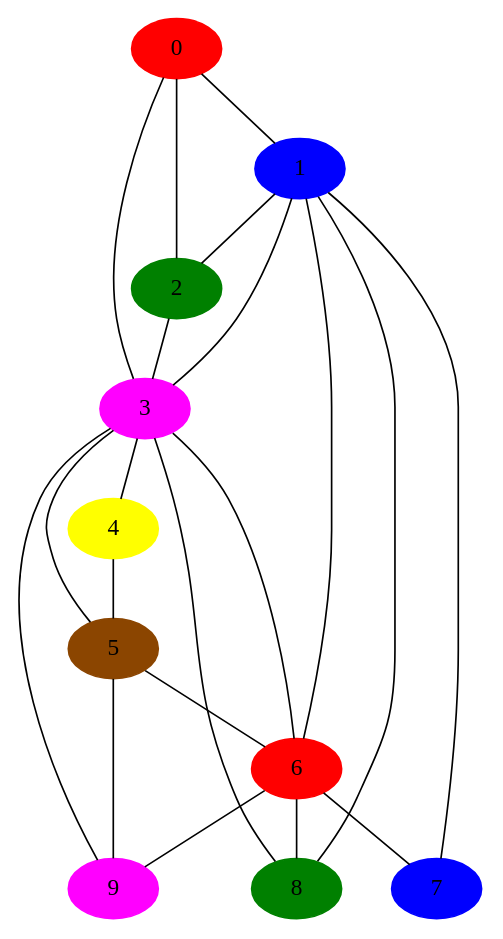
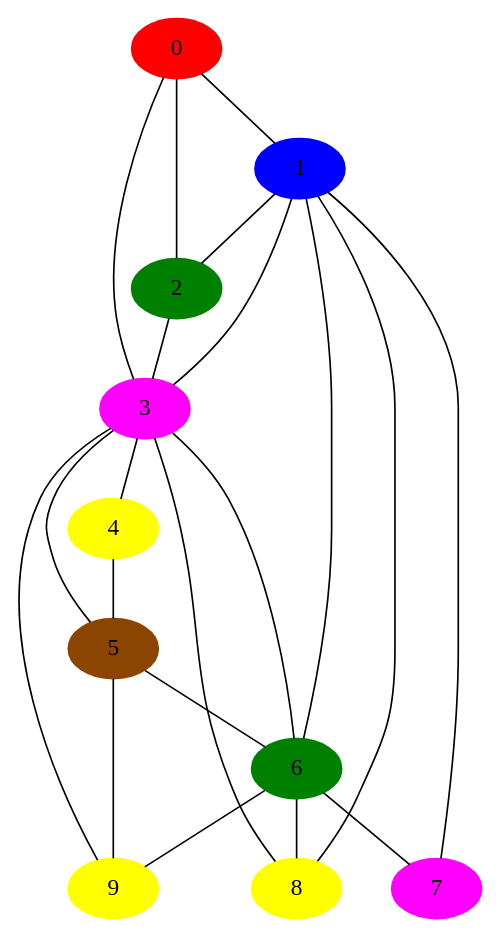
One commit to kuldeep725/COLLEGE_STUFFS changed the diagram in CSlAB_2017/GraphNextSession/planar3ColoredPlanar.dot. Above: the diagram before and after it, drawn with Graphviz. The commit also changed 4 other files, not shown here.

Commit message:
PLANAR GRAPH COLORING DONE

```diff
--- a/CSlAB_2017/GraphNextSession/planar3ColoredPlanar.dot
+++ b/CSlAB_2017/GraphNextSession/planar3ColoredPlanar.dot
@@ -1,35 +1,35 @@
 graph planar3 {
       0 -- 1 ;
       0 -- 2 ;
       0 -- 3 ;
       1 -- 2 ;
       1 -- 3 ;
       1 -- 6 ;
       1 -- 7 ;
       1 -- 8 ;
       2 -- 3 ;
       3 -- 4 ;
       3 -- 5 ;
       3 -- 6 ;
       3 -- 8 ;
       3 -- 9 ;
       4 -- 5 ;
       5 -- 6 ;
       5 -- 9 ;
       6 -- 7 ;
       6 -- 8 ;
       6 -- 9 ;
       7 ;
       8 ;
       9 ;
       0 [color=red, style=filled];
       1 [color=blue, style=filled];
       2 [color=green, style=filled];
       3 [color=magenta, style=filled];
       4 [color=yellow, style=filled];
       5 [color=darkorange4, style=filled];
-      6 [color=red, style=filled];
-      7 [color=blue, style=filled];
-      8 [color=green, style=filled];
-      9 [color=magenta, style=filled]
+      6 [color=green, style=filled];
+      7 [color=magenta, style=filled];
+      8 [color=yellow, style=filled];
+      9 [color=yellow, style=filled]
 }
```
